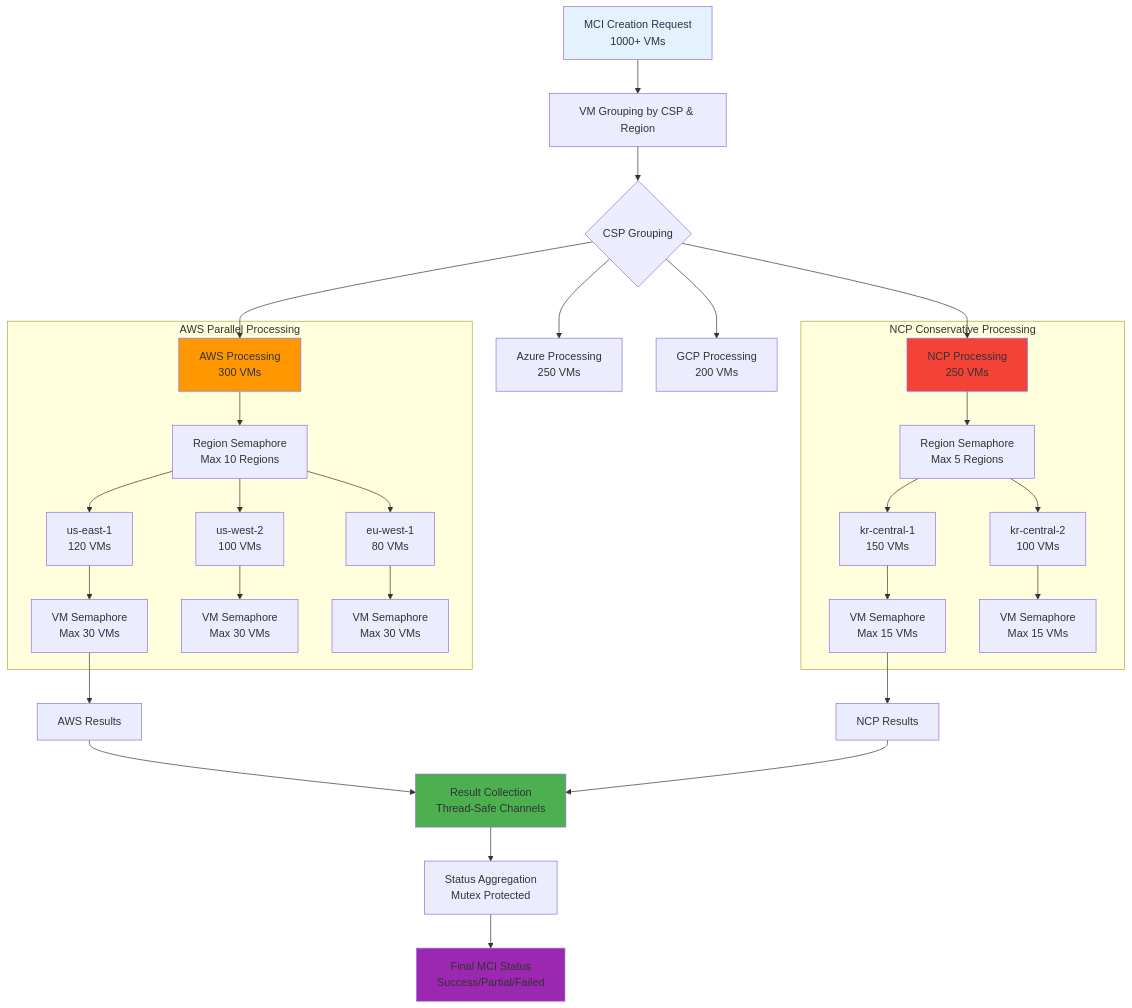
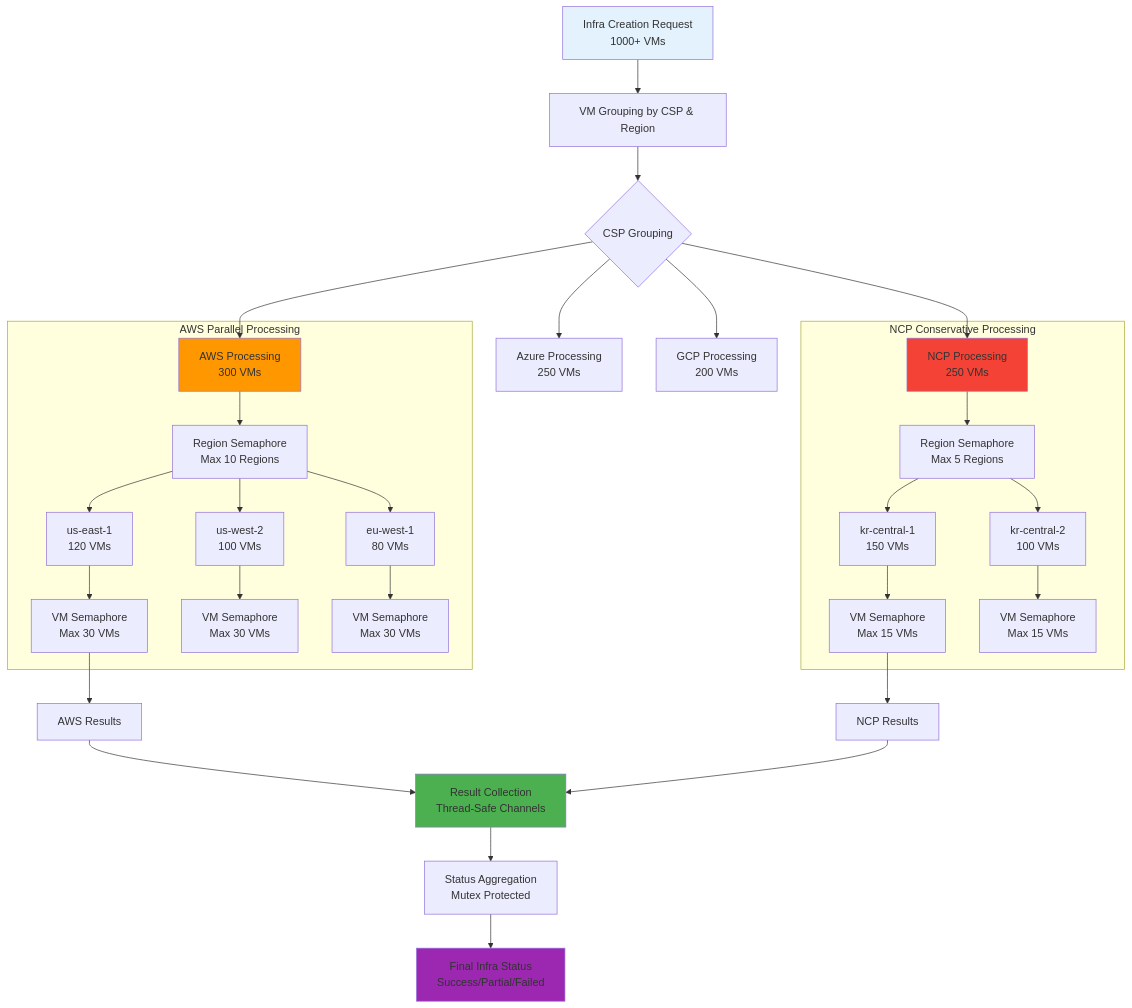
Before and after one commit to cloud-barista/cb-tumblebug: the third of 9 diagrams in docs/feature_guide/high-scale-provisioning-architecture.md, drawn with Mermaid. The commit also changed other lines of this file and 197 other files, not shown here.

Commit message:
Refactor MIC and SubGroup to Infra and NodeGroup

````diff
--- a/docs/feature_guide/high-scale-provisioning-architecture.md
+++ b/docs/feature_guide/high-scale-provisioning-architecture.md
@@ -134,46 +134,46 @@
 ```mermaid
 flowchart TD
-    START[MCI Creation Request<br/>1000+ VMs] --> GROUP[VM Grouping by CSP & Region]
+    START[Infra Creation Request<br/>1000+ VMs] --> GROUP[VM Grouping by CSP & Region]
     
     GROUP --> CSP_GROUP{CSP Grouping}
     
     CSP_GROUP --> AWS_FLOW[AWS Processing<br/>300 VMs]
     CSP_GROUP --> AZURE_FLOW[Azure Processing<br/>250 VMs]
     CSP_GROUP --> GCP_FLOW[GCP Processing<br/>200 VMs]
     CSP_GROUP --> NCP_FLOW[NCP Processing<br/>250 VMs]
     
     subgraph "AWS Parallel Processing"
         AWS_FLOW --> AWS_SEM[Region Semaphore<br/>Max 10 Regions]
         AWS_SEM --> AWS_R1[us-east-1<br/>120 VMs]
         AWS_SEM --> AWS_R2[us-west-2<br/>100 VMs]
         AWS_SEM --> AWS_R3[eu-west-1<br/>80 VMs]
         
         AWS_R1 --> AWS_VM_SEM1[VM Semaphore<br/>Max 30 VMs]
         AWS_R2 --> AWS_VM_SEM2[VM Semaphore<br/>Max 30 VMs]
         AWS_R3 --> AWS_VM_SEM3[VM Semaphore<br/>Max 30 VMs]
     end
     
     subgraph "NCP Conservative Processing"
         NCP_FLOW --> NCP_SEM[Region Semaphore<br/>Max 5 Regions]
         NCP_SEM --> NCP_R1[kr-central-1<br/>150 VMs]
         NCP_SEM --> NCP_R2[kr-central-2<br/>100 VMs]
         
         NCP_R1 --> NCP_VM_SEM1[VM Semaphore<br/>Max 15 VMs]
         NCP_R2 --> NCP_VM_SEM2[VM Semaphore<br/>Max 15 VMs]
     end
     
     AWS_VM_SEM1 --> AWS_RESULT[AWS Results]
     NCP_VM_SEM1 --> NCP_RESULT[NCP Results]
     
     AWS_RESULT --> COLLECT[Result Collection<br/>Thread-Safe Channels]
     NCP_RESULT --> COLLECT
     
     COLLECT --> STATUS_AGG[Status Aggregation<br/>Mutex Protected]
-    STATUS_AGG --> FINAL[Final MCI Status<br/>Success/Partial/Failed]
+    STATUS_AGG --> FINAL[Final Infra Status<br/>Success/Partial/Failed]
     
     style START fill:#e3f2fd
     style AWS_FLOW fill:#ff9800
     style NCP_FLOW fill:#f44336
     style COLLECT fill:#4caf50
     style FINAL fill:#9c27b0
 ```
````
